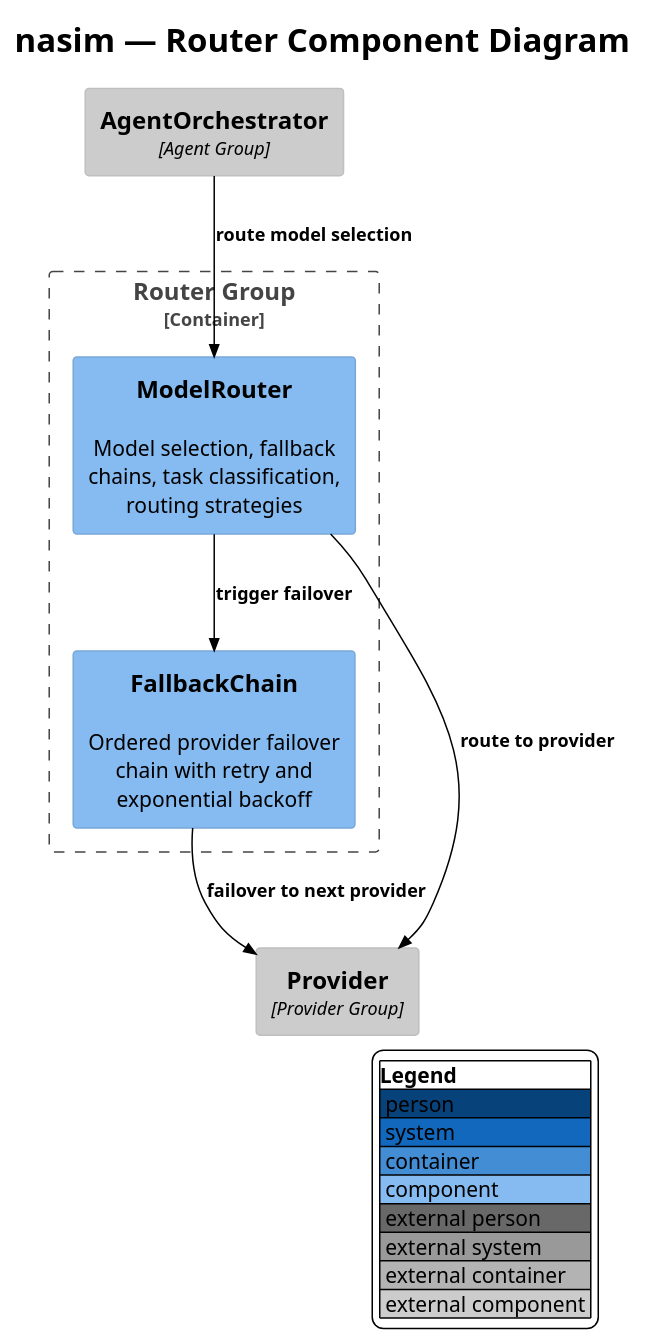
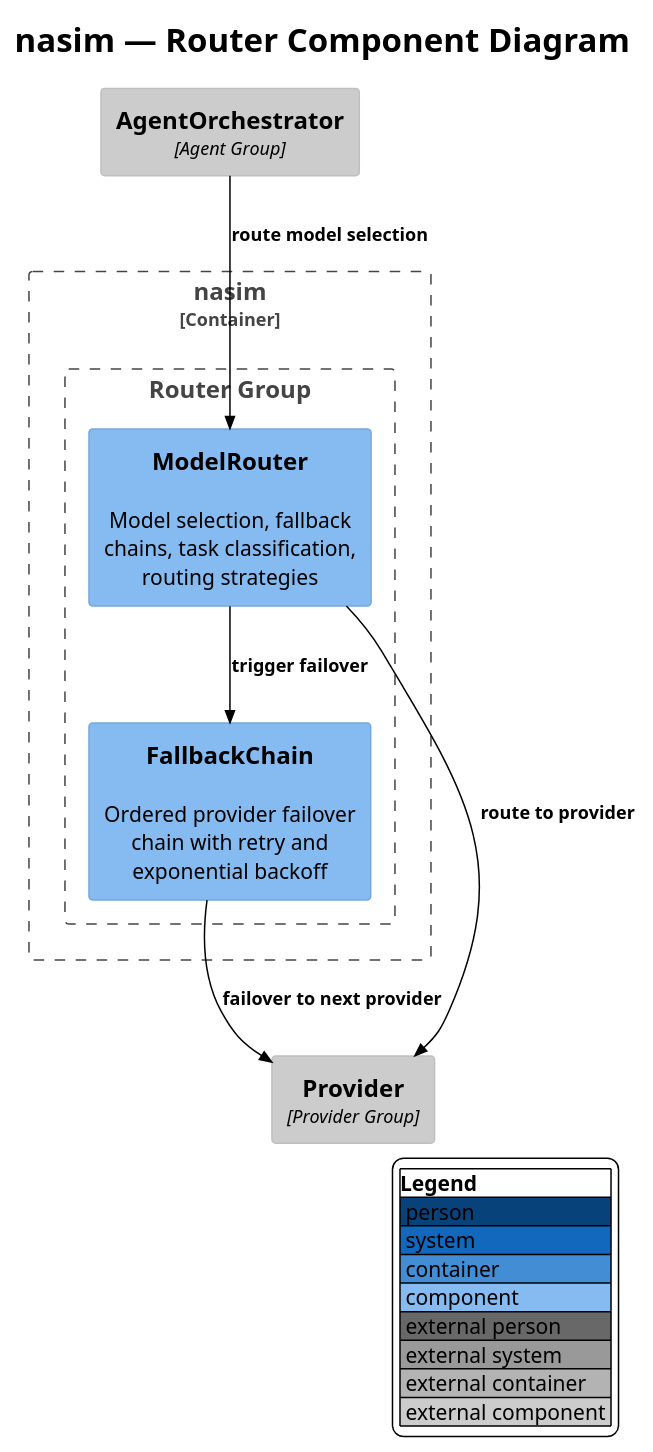
One commit to salimnamvar/nasim changed the diagram in docs/C4/c4_nasim_component_router.puml. Above: the diagram before and after it, drawn with PlantUML. The commit also changed 24 other files, not shown here.

First line of the commit message:
docs(c4): audit and fix all C4 diagrams to 9.0.0 standards

```diff
--- a/docs/C4/c4_nasim_component_router.puml
+++ b/docs/C4/c4_nasim_component_router.puml
@@ -1,31 +1,33 @@
 @startuml c4_nasim_component_router
 !include https://raw.githubusercontent.com/plantuml-stdlib/C4-PlantUML/v2.10.0/C4_Component.puml
 !theme plain
 
 ' ============================================================
 ' Title:     nasim — Router Component Diagram
-' Boundary:  nasim core library — Router group
+' Boundary:  nasim (container) — Router Group
 ' Purpose:   Model selection, fallback chains, capability queries
 ' Milestone: v1.0
-' Version:   6.0.0
+' Version:   9.0.0
 ' Source:    docs/prompt/p1.md — corrective architecture review
 ' Review:    —
 ' ============================================================
 
 LAYOUT_WITH_LEGEND()
 title nasim — Router Component Diagram
 
-Container_Boundary(router_boundary, "Router Group") {
-    Component(model_router, "ModelRouter", "", "Model selection, fallback chains, task classification, routing strategies")
-    Component(fallback_chain, "FallbackChain", "", "Ordered provider failover chain with retry and exponential backoff")
+Container_Boundary(nasim, "nasim") {
+    Boundary(router_group, "Router Group") {
+        Component(model_router, "ModelRouter", "", "Model selection, fallback chains, task classification, routing strategies")
+        Component(fallback_chain, "FallbackChain", "", "Ordered provider failover chain with retry and exponential backoff")
+    }
 }
 
 Component_Ext(agent_orch, "AgentOrchestrator", "Agent Group")
 Component_Ext(provider, "Provider", "Provider Group")
 
 Rel(agent_orch, model_router, "route model selection")
 Rel(model_router, provider, "route to provider")
 Rel(model_router, fallback_chain, "trigger failover")
 Rel(fallback_chain, provider, "failover to next provider")
 
 @enduml
```
